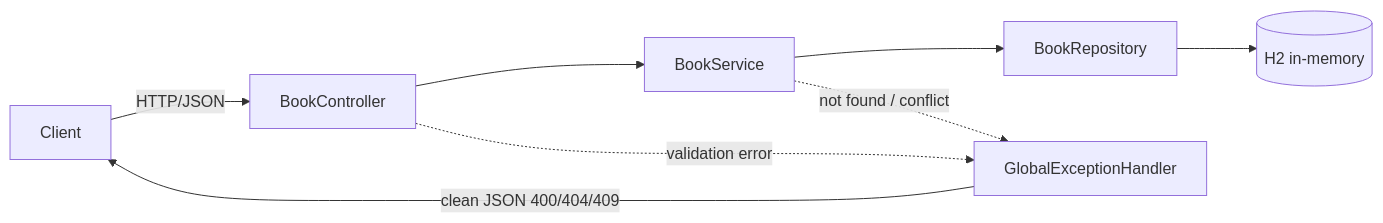
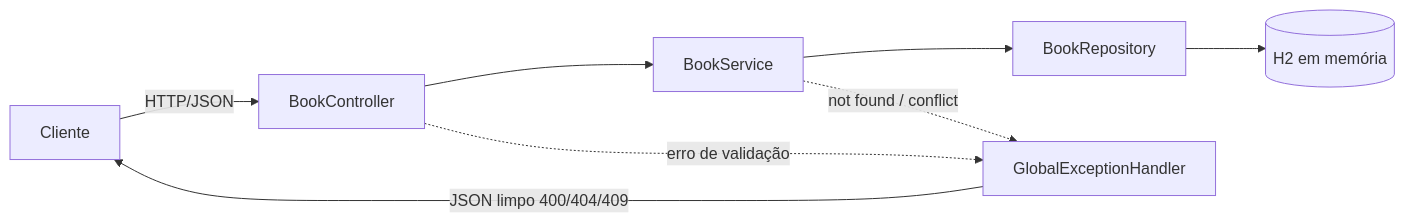
The diagram in README.md (geoggrigori/library-api), drawn with Mermaid before and after one commit. The commit also changed other lines of this file, not shown here.

````diff
--- a/README.md
+++ b/README.md
@@ -28,11 +55,11 @@
 ```mermaid
 flowchart LR
-    Client[Client] -->|HTTP/JSON| Controller[BookController]
+    Client[Cliente] -->|HTTP/JSON| Controller[BookController]
     Controller --> Service[BookService]
     Service --> Repository[BookRepository]
-    Repository --> DB[(H2 in-memory)]
+    Repository --> DB[(H2 em memória)]
 
-    Controller -. validation error .-> Advice[GlobalExceptionHandler]
+    Controller -. erro de validação .-> Advice[GlobalExceptionHandler]
     Service -. not found / conflict .-> Advice
-    Advice -->|clean JSON 400/404/409| Client
+    Advice -->|JSON limpo 400/404/409| Client
 ```
````
